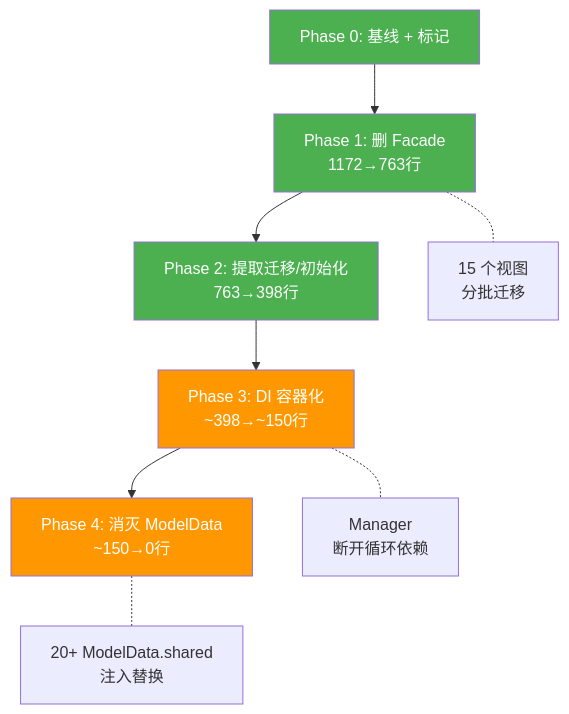
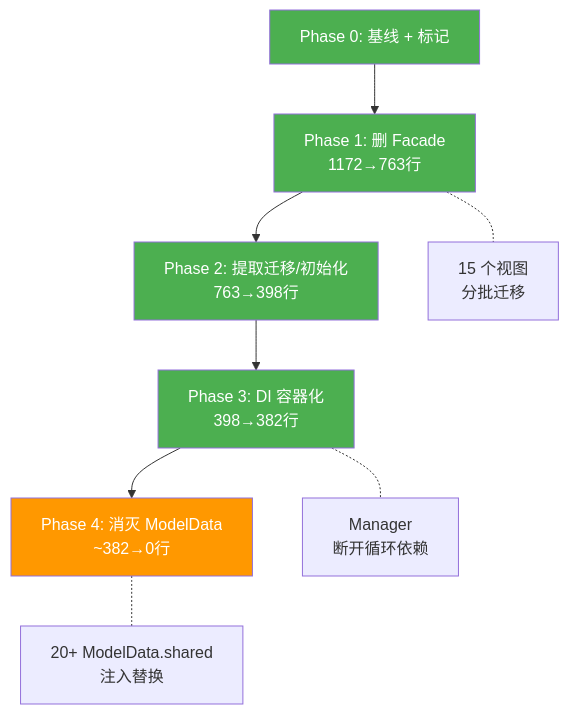
One commit to drearycold/YetAnotherEBookReader changed the second of 2 diagrams in .agents/memory-bank/modeldata-elimination-plan.md. Above: the diagram before and after it, drawn with Mermaid. The commit also changed other lines of this file and 1 other file, not shown here.

First line of the commit message:
docs: update plan and activeContext for Phase 3 completion

````diff
--- a/.agents/memory-bank/modeldata-elimination-plan.md
+++ b/.agents/memory-bank/modeldata-elimination-plan.md
@@ -383,17 +342,17 @@
 ```mermaid
 graph TD
     P0["Phase 0: 基线 + 标记"] --> P1["Phase 1: 删 Facade<br>1172→763行"]
     P1 --> P2["Phase 2: 提取迁移/初始化<br>763→398行"]
-    P2 --> P3["Phase 3: DI 容器化<br>~398→~150行"]
-    P3 --> P4["Phase 4: 消灭 ModelData<br>~150→0行"]
+    P2 --> P3["Phase 3: DI 容器化<br>398→382行"]
+    P3 --> P4["Phase 4: 消灭 ModelData<br>~382→0行"]
     
     P1 -.- V["15 个视图<br>分批迁移"]
     P3 -.- M["Manager<br>断开循环依赖"]
     P4 -.- S["20+ ModelData.shared<br>注入替换"]
     
     style P0 fill:#4CAF50,color:#fff
     style P1 fill:#4CAF50,color:#fff
     style P2 fill:#4CAF50,color:#fff
-    style P3 fill:#FF9800,color:#fff
+    style P3 fill:#4CAF50,color:#fff
     style P4 fill:#FF9800,color:#fff
 ```
````
